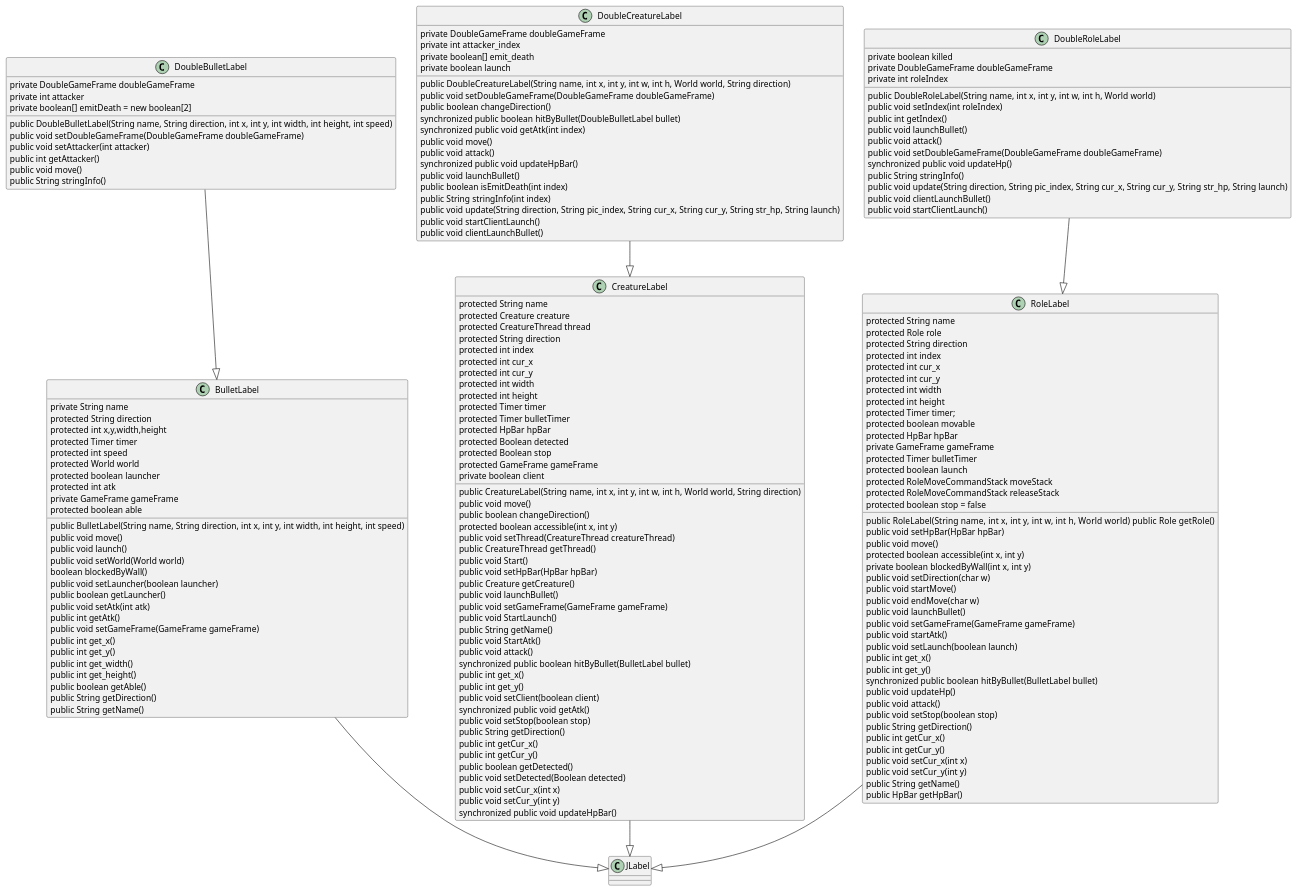
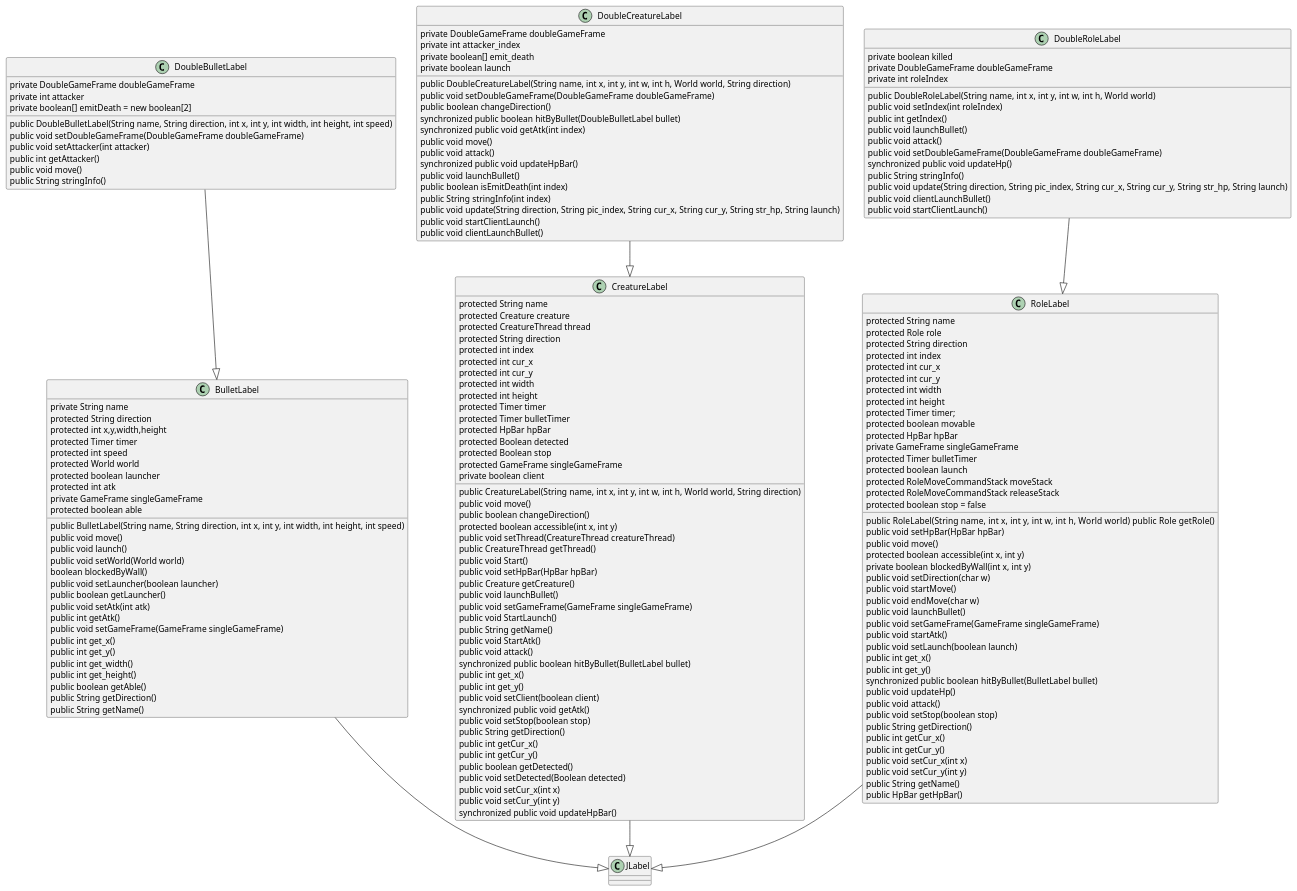
Before and after one commit to Woleiwa/GourdGame: the diagram in pu/labels.pu, drawn with PlantUML. The commit also changed 73 other files, not shown here.

```diff
--- a/pu/labels.pu
+++ b/pu/labels.pu
@@ -1,188 +1,188 @@
 @startuml
 
 class JLabel{
 
 }
 
 class BulletLabel{
     private String name
     protected String direction
     protected int x,y,width,height
     protected Timer timer
     protected int speed
     protected World world
     protected boolean launcher
     protected int atk
-    private GameFrame gameFrame
+    private GameFrame singleGameFrame
     protected boolean able
     public BulletLabel(String name, String direction, int x, int y, int width, int height, int speed)
     public void move() 
     public void launch()
     public void setWorld(World world)
     boolean blockedByWall()
     public void setLauncher(boolean launcher)
     public boolean getLauncher()
     public void setAtk(int atk)
     public int getAtk()
-    public void setGameFrame(GameFrame gameFrame)
+    public void setGameFrame(GameFrame singleGameFrame)
     public int get_x()
     public int get_y()
     public int get_width()
     public int get_height()
     public boolean getAble() 
     public String getDirection()
     public String getName() 
 }
 
 class CreatureLabel {
     protected String name
     protected Creature creature
     protected CreatureThread thread
     protected String direction
     protected int index 
     protected int cur_x 
     protected int cur_y 
     protected int width 
     protected int height 
     protected Timer timer
     protected Timer bulletTimer
     protected HpBar hpBar
     protected Boolean detected 
     protected Boolean stop 
-    protected GameFrame gameFrame
+    protected GameFrame singleGameFrame
     private boolean client
     public CreatureLabel(String name, int x, int y, int w, int h, World world, String direction)
     public void move()
     public boolean changeDirection()
     protected boolean accessible(int x, int y)
     public void setThread(CreatureThread creatureThread)
     public CreatureThread getThread()
     public void Start() 
     public void setHpBar(HpBar hpBar)
     public Creature getCreature()
     public void launchBullet()
-    public void setGameFrame(GameFrame gameFrame)
+    public void setGameFrame(GameFrame singleGameFrame)
     public void StartLaunch()
     public String getName()
     public void StartAtk()
     public void attack()
     synchronized public boolean hitByBullet(BulletLabel bullet)
     public int get_x()
     public int get_y()
     public void setClient(boolean client)
     synchronized public void getAtk()
     public void setStop(boolean stop)
     public String getDirection()
     public int getCur_x()
     public int getCur_y()
     public boolean getDetected()
     public void setDetected(Boolean detected)
     public void setCur_x(int x)
     public void setCur_y(int y)
     synchronized public void updateHpBar()
 }
 
 class DoubleBulletLabel{
     private DoubleGameFrame doubleGameFrame
     private int attacker
     private boolean[] emitDeath = new boolean[2]
     public DoubleBulletLabel(String name, String direction, int x, int y, int width, int height, int speed)
     public void setDoubleGameFrame(DoubleGameFrame doubleGameFrame)
     public void setAttacker(int attacker)
     public int getAttacker()
     public void move() 
     public String stringInfo()
 }
 
 class DoubleCreatureLabel {
     private DoubleGameFrame doubleGameFrame
     private int attacker_index
     private boolean[] emit_death 
     private boolean launch
     public DoubleCreatureLabel(String name, int x, int y, int w, int h, World world, String direction) 
     public void setDoubleGameFrame(DoubleGameFrame doubleGameFrame)
     public boolean changeDirection() 
     synchronized public boolean hitByBullet(DoubleBulletLabel bullet)
     synchronized public void getAtk(int index)
     public void move()
     public void attack()
     synchronized public void updateHpBar()
     public void launchBullet()
     public boolean isEmitDeath(int index)
     public String stringInfo(int index)
     public void update(String direction, String pic_index, String cur_x, String cur_y, String str_hp, String launch)
     public void startClientLaunch()
     public void clientLaunchBullet()
 }
 
 class RoleLabel {
     protected String name
     protected Role role
     protected String direction
     protected int index
     protected int cur_x 
     protected int cur_y 
     protected int width 
     protected int height 
     protected Timer timer;
     protected boolean movable 
     protected HpBar hpBar
-    private GameFrame gameFrame
+    private GameFrame singleGameFrame
     protected Timer bulletTimer
     protected boolean launch
     protected RoleMoveCommandStack moveStack 
     protected RoleMoveCommandStack releaseStack 
     protected boolean stop = false
 
     public RoleLabel(String name, int x, int y, int w, int h, World world)\
     public Role getRole()
     public void setHpBar(HpBar hpBar)
     public void move() 
     protected boolean accessible(int x, int y)
     private boolean blockedByWall(int x, int y) 
     public void setDirection(char w)
     public void startMove() 
     public void endMove(char w) 
     public void launchBullet()
-    public void setGameFrame(GameFrame gameFrame)
+    public void setGameFrame(GameFrame singleGameFrame)
     public void startAtk()
     public void setLaunch(boolean launch)
     public int get_x()
     public int get_y()
     synchronized public boolean hitByBullet(BulletLabel bullet)
     public void updateHp()
     public void attack()
     public void setStop(boolean stop)
     public String getDirection() 
     public int getCur_x() 
     public int getCur_y() 
     public void setCur_x(int x)
     public void setCur_y(int y)
     public String getName()
     public HpBar getHpBar()
 }
 
 class DoubleRoleLabel{
     private boolean killed
     private DoubleGameFrame doubleGameFrame
     private int roleIndex
     public DoubleRoleLabel(String name, int x, int y, int w, int h, World world) 
     public void setIndex(int roleIndex)
     public int getIndex()
     public void launchBullet()
     public void attack()
     public void setDoubleGameFrame(DoubleGameFrame doubleGameFrame)
     synchronized public void updateHp()
     public String stringInfo()
     public void update(String direction, String pic_index, String cur_x, String cur_y, String str_hp, String launch)
     public void clientLaunchBullet()
     public void startClientLaunch()
 }
 
 BulletLabel --|>JLabel
 CreatureLabel --|>JLabel
 DoubleCreatureLabel --|>CreatureLabel
 DoubleBulletLabel --|>BulletLabel
 RoleLabel --|>JLabel
 DoubleRoleLabel --|>RoleLabel
 @enduml
```
